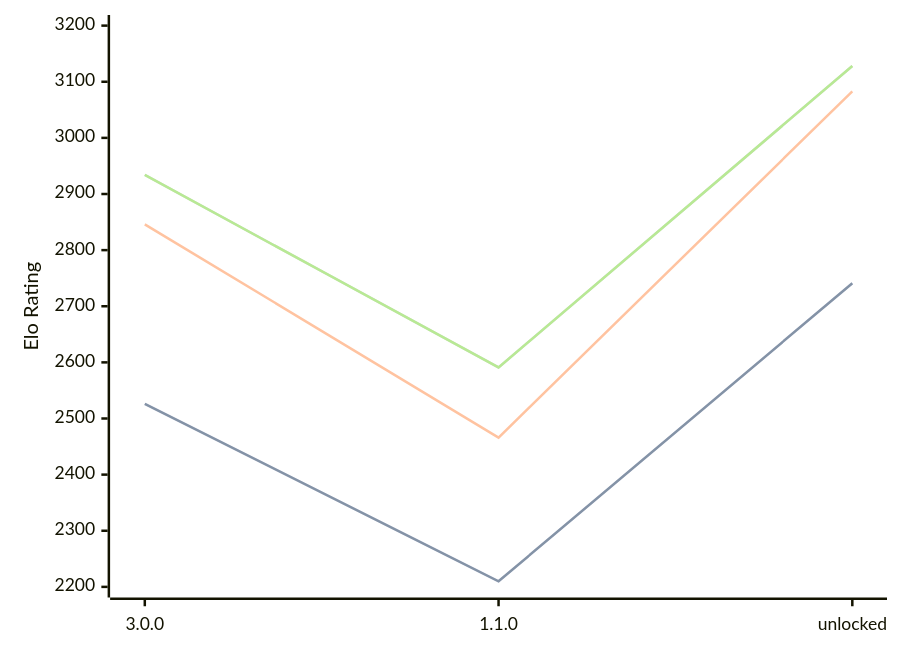
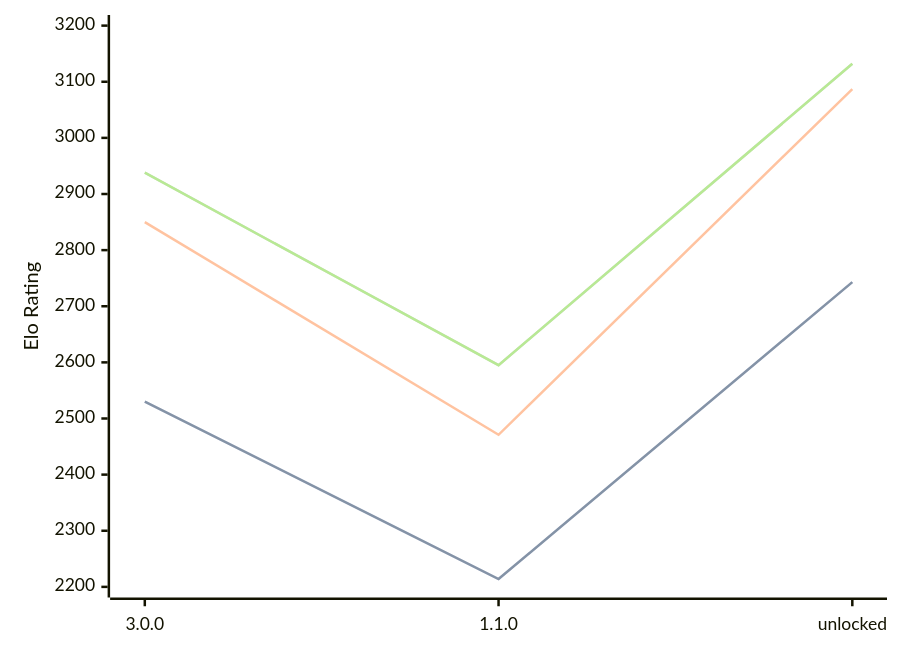
Before and after one commit to computer-chess-index/cci: the diagram in engines/Potential.md, drawn with Mermaid. The commit also changed other lines of this file, not shown here.

Commit message:
Update CCI Ratings (ELO VLTC) - 2026-08-18

````diff
--- a/engines/Potential.md
+++ b/engines/Potential.md
@@ -33,11 +33,11 @@
 ```mermaid
 %%{init: {"theme":"base","themeVariables":{"seriesColors:['#a3a3a3','#222221','#faa371']}}}%%
 xychart-beta
   x-axis ["3.0.0", "1.1.0", "unlocked"]
   y-axis "Elo Rating" 2200 --> 3200
-  line "STC (8.0+0.08s)" [2526, 2210, 2741]
-  line "STC (8.0+0.08s)" [2526, 2210, 2741]
-  line "LTC (60.0+0.60s)" [2846, 2466, 3083]
-  line "VLTC (2m24s+1.12s)" [2934, 2591, 3128]
-  line "VLTC (2m24s+1.12s)" [2934, 2591, 3128]
+  line "STC (8.0+0.08s)" [2530, 2214, 2743]
+  line "STC (8.0+0.08s)" [2530, 2214, 2743]
+  line "LTC (60.0+0.60s)" [2850, 2471, 3087]
+  line "VLTC (2m24s+1.12s)" [2938, 2595, 3132]
+  line "VLTC (2m24s+1.12s)" [2938, 2595, 3132]
 ```
````
